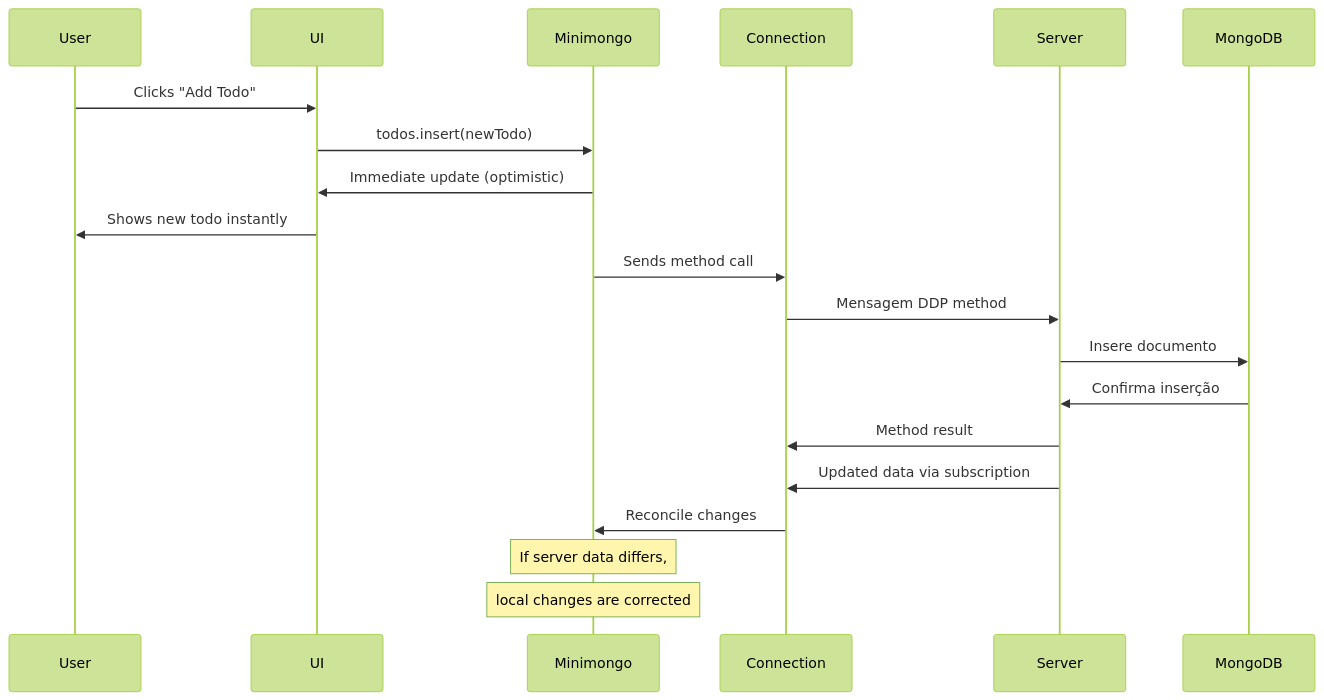
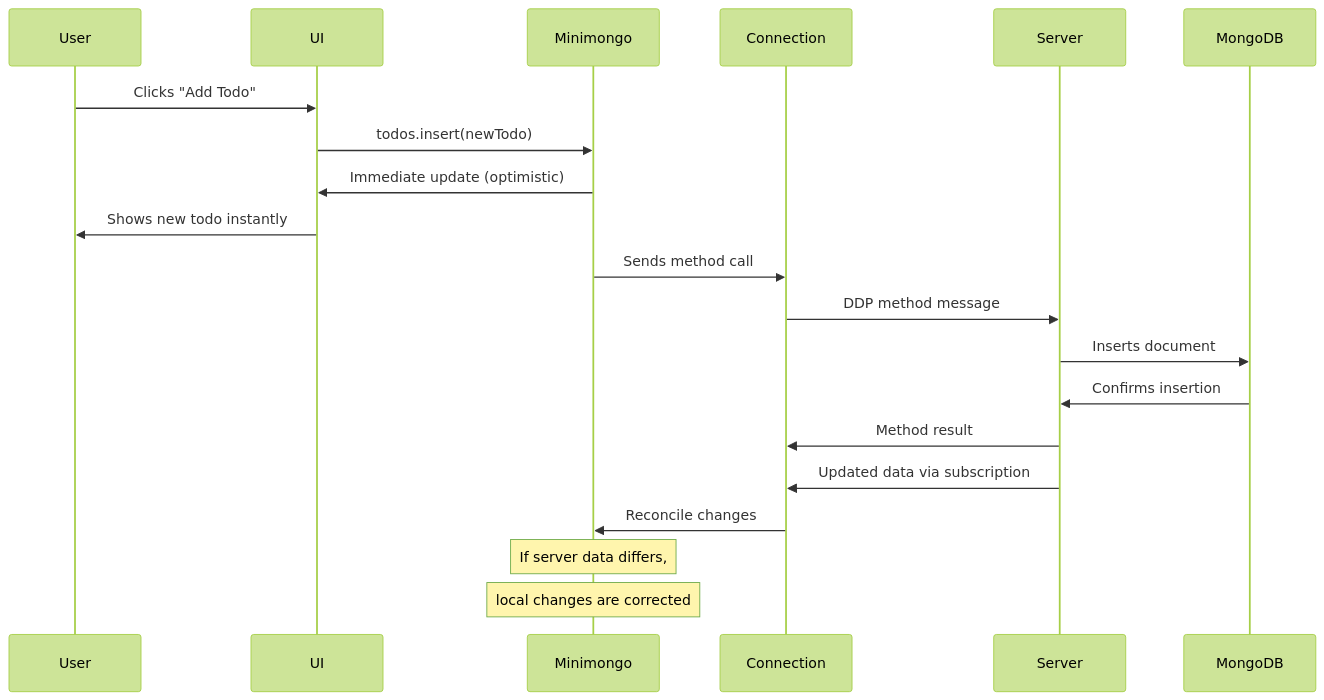
The fourth of 15 diagrams in readme.md (italojs/ddp-blog-post), drawn with Mermaid (forest theme) before and after one commit. The commit also changed other lines of this file, not shown here.

````diff
--- a/readme.md
+++ b/readme.md
@@ -452,25 +452,25 @@
 ```mermaid
 sequenceDiagram
     participant User
     participant UI
     participant Minimongo
     participant Connection
     participant Server
     participant MongoDB
     
     User->>UI: Clicks "Add Todo"
     UI->>Minimongo: todos.insert(newTodo)
     Minimongo->>UI: Immediate update (optimistic)
     UI->>User: Shows new todo instantly
     
     Minimongo->>Connection: Sends method call
-    Connection->>Server: Mensagem DDP method
-    Server->>MongoDB: Insere documento
-    MongoDB->>Server: Confirma inserção
+    Connection->>Server: DDP method message
+    Server->>MongoDB: Inserts document
+    MongoDB->>Server: Confirms insertion
     Server->>Connection: Method result
     Server->>Connection: Updated data via subscription
     Connection->>Minimongo: Reconcile changes
     
     Note over Minimongo: If server data differs,
     Note over Minimongo: local changes are corrected
 ```
````
